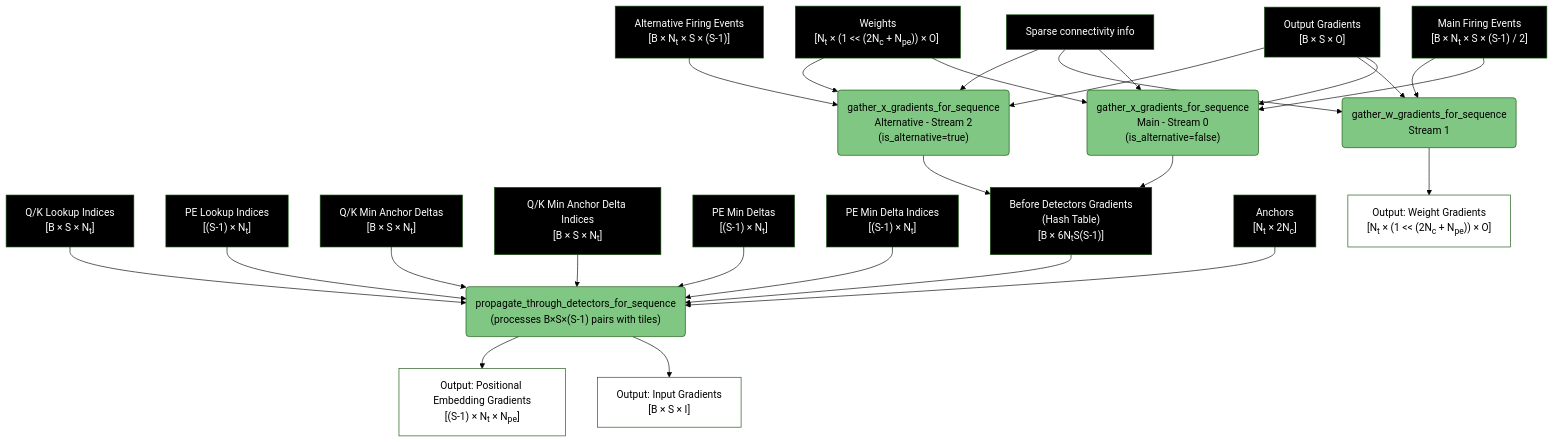
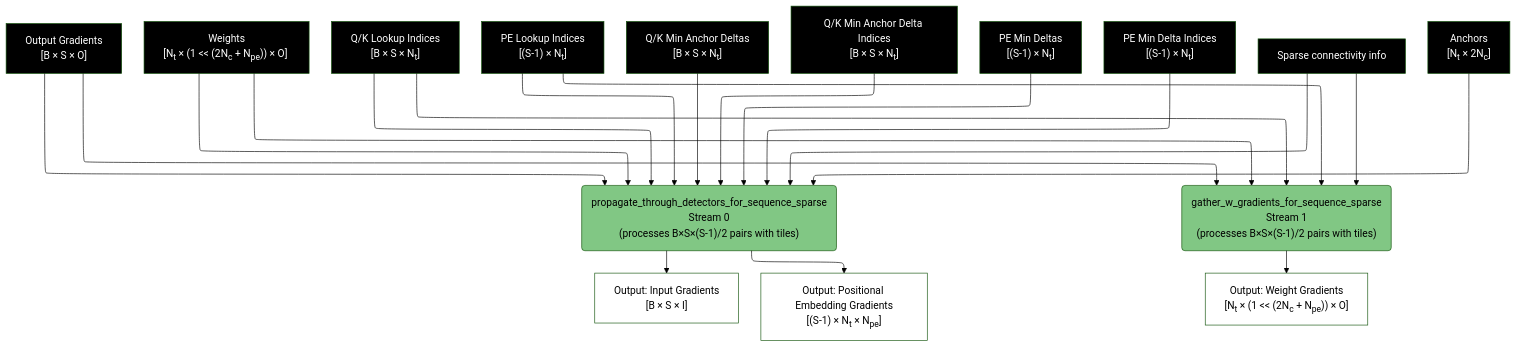
Before and after one commit to anatoli-starostin/spiky: the eighth of 8 diagrams in spiky_cuda/lut/doc/LUT_RUNTIME_DATA_FLOW.md, drawn with Mermaid (forest theme). The commit also changed other lines of this file and 1 other file, not shown here.

````diff
--- a/spiky_cuda/lut/doc/LUT_RUNTIME_DATA_FLOW.md
+++ b/spiky_cuda/lut/doc/LUT_RUNTIME_DATA_FLOW.md
@@ -301,55 +299,44 @@
 ```mermaid
+%%{init: { "flowchart": { "defaultRenderer": "elk" } }}%%
 flowchart TD
-    A["Output Gradients<br/>[B × S × O]"] --> B("gather_x_gradients_for_sequence<br/>Main - Stream 0<br/>(is_alternative=false)")
-    A --> C("gather_w_gradients_for_sequence<br/>Stream 1")
-    A --> D("gather_x_gradients_for_sequence<br/>Alternative - Stream 2<br/>(is_alternative=true)")
+    A["Output Gradients<br/>[B × S × O]"] --> I("propagate_through_detectors_for_sequence_sparse<br/>Stream 0<br/>(processes B×S×(S-1)/2 pairs with tiles)")
+    A --> C("gather_w_gradients_for_sequence_sparse<br/>Stream 1<br/>(processes B×S×(S-1)/2 pairs with tiles)")
     
-    E["Main Firing Events<br/>[B × N<sub>t</sub> × S × (S-1) / 2]"] --> B
-    E --> C
-    F["Alternative Firing Events<br/>[B × N<sub>t</sub> × S × (S-1)]"] --> D
+    W6["Weights<br/>[N<sub>t</sub>&nbsp;×&nbsp;(1&nbsp;<<&nbsp;(2N<sub>c</sub>&nbsp;+&nbsp;N<sub>pe</sub>))&nbsp;×&nbsp;O]&nbsp;"] --> I
+    W6 --> C
     
     L3["Q/K Lookup Indices<br/>[B × S × N<sub>t</sub>]"] --> I
+    L3 --> C
     L4["PE Lookup Indices<br/>[(S-1) × N<sub>t</sub>]"] --> I
+    L4 --> C
     M5["Q/K Min Anchor Deltas<br/>[B × S × N<sub>t</sub>]"] --> I
     M6["Q/K Min Anchor Delta Indices<br/>[B&nbsp;×&nbsp;S&nbsp;×&nbsp;N<sub>t</sub>]"] --> I
     M7["PE Min Deltas<br/>[(S-1) × N<sub>t</sub>]"] --> I
     M8["PE Min Delta Indices<br/>[(S-1) × N<sub>t</sub>]"] --> I
     
-    W6["Weights<br/>[N<sub>t</sub>&nbsp;×&nbsp;(1&nbsp;<<&nbsp;(2N<sub>c</sub>&nbsp;+&nbsp;N<sub>pe</sub>))&nbsp;×&nbsp;O]&nbsp;"] --> B
-    W6 --> D
-    SC4["Sparse connectivity info"] --> B
+    SC4["Sparse connectivity info"] --> I
     SC4 --> C
-    SC4 --> D
     
-    B --> G["Before Detectors Gradients<br/>(Hash Table)<br/>[B × 6N<sub>t</sub>S(S-1)]"]
-    D --> G
-    
-    D6["Anchors<br/>[N<sub>t</sub> × 2N<sub>c</sub>]"] --> I("propagate_through_detectors_for_sequence<br/>(processes B×S×(S-1) pairs with tiles)")
-    G --> I
+    D6["Anchors<br/>[N<sub>t</sub> × 2N<sub>c</sub>]"] --> I
     
     I --> J["Output: Input Gradients<br/>[B × S × I]"]
     I --> K["Output: Positional Embedding Gradients<br/>[(S-1) × N<sub>t</sub> × N<sub>pe</sub>]"]
     
     C --> H["Output: Weight Gradients<br/>[N<sub>t</sub>&nbsp;×&nbsp;(1&nbsp;<<&nbsp;(2N<sub>c</sub>&nbsp;+&nbsp;N<sub>pe</sub>))&nbsp;×&nbsp;O]"]
     
-    style B fill:#81c784,color:#000000
+    style I fill:#81c784,color:#000000
     style C fill:#81c784,color:#000000
-    style D fill:#81c784,color:#000000
-    style I fill:#81c784,color:#000000
     style H fill:#ffffff,color:#000000
     style J fill:#ffffff,color:#000000
     style K fill:#ffffff,color:#000000
     style A fill:#000000,color:#ffffff
     style W6 fill:#000000,color:#ffffff
-    style E fill:#000000,color:#ffffff
-    style F fill:#000000,color:#ffffff
     style L3 fill:#000000,color:#ffffff
     style L4 fill:#000000,color:#ffffff
     style M5 fill:#000000,color:#ffffff
     style M6 fill:#000000,color:#ffffff
     style M7 fill:#000000,color:#ffffff
     style M8 fill:#000000,color:#ffffff
     style D6 fill:#000000,color:#ffffff
     style SC4 fill:#000000,color:#ffffff
-    style G fill:#000000,color:#ffffff
 ```
````
